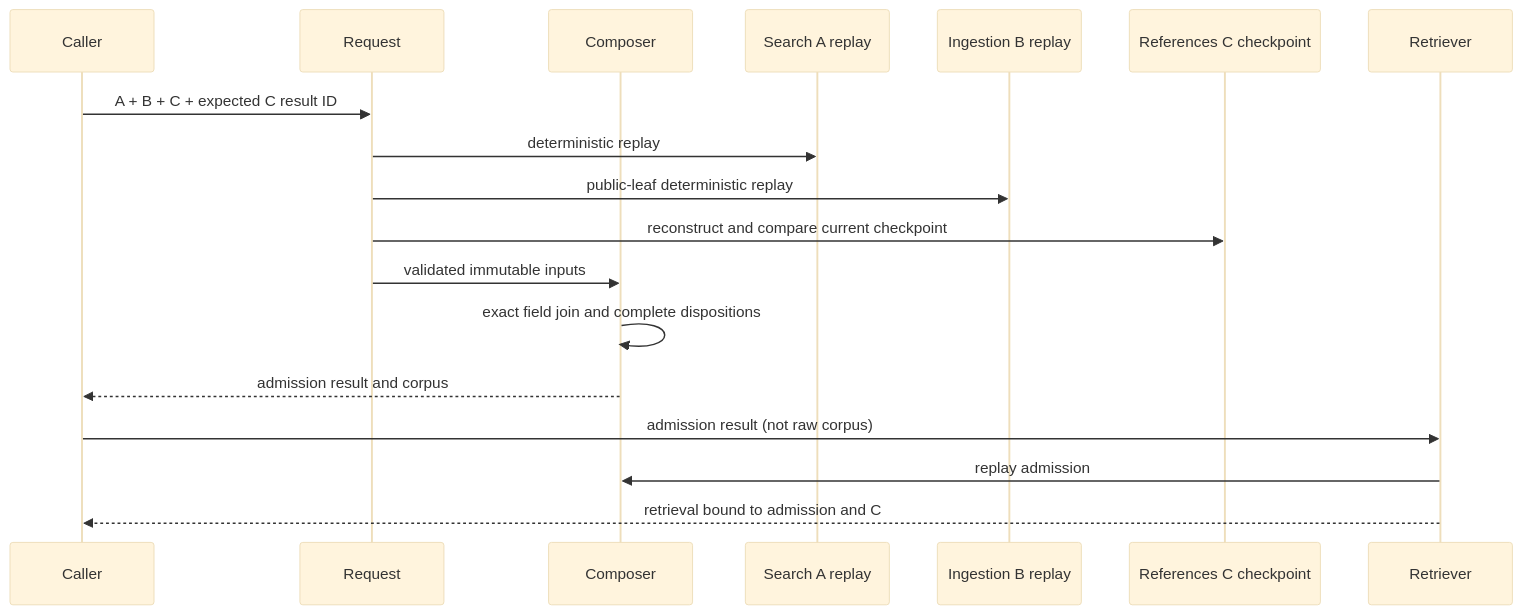
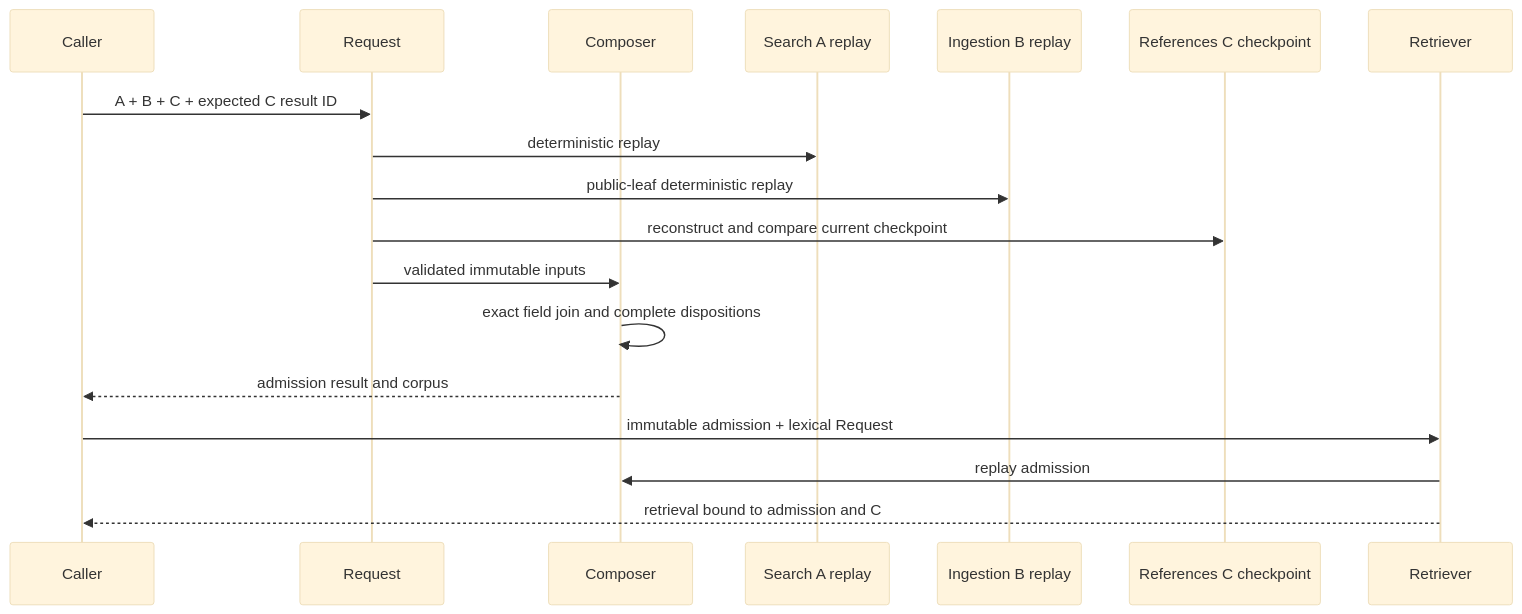
The diagram in docs/architecture/projectkoios/search/authority_bound_evidence/implementation.md (eragasa/projectkoios-search), drawn with Mermaid (base theme) before and after one commit. The commit also changed other lines of this file and 12 other files, not shown here.

````diff
--- a/docs/architecture/projectkoios/search/authority_bound_evidence/implementation.md
+++ b/docs/architecture/projectkoios/search/authority_bound_evidence/implementation.md
@@ -27,20 +27,20 @@
 ```mermaid
 sequenceDiagram
     participant Caller
     participant Request
     participant Composer
     participant A as Search A replay
     participant B as Ingestion B replay
     participant C as References C checkpoint
     participant Retriever
     Caller->>Request: A + B + C + expected C result ID
     Request->>A: deterministic replay
     Request->>B: public-leaf deterministic replay
     Request->>C: reconstruct and compare current checkpoint
     Request->>Composer: validated immutable inputs
     Composer->>Composer: exact field join and complete dispositions
     Composer-->>Caller: admission result and corpus
-    Caller->>Retriever: admission result (not raw corpus)
+    Caller->>Retriever: immutable admission + lexical Request
     Retriever->>Composer: replay admission
     Retriever-->>Caller: retrieval bound to admission and C
 ```
````
